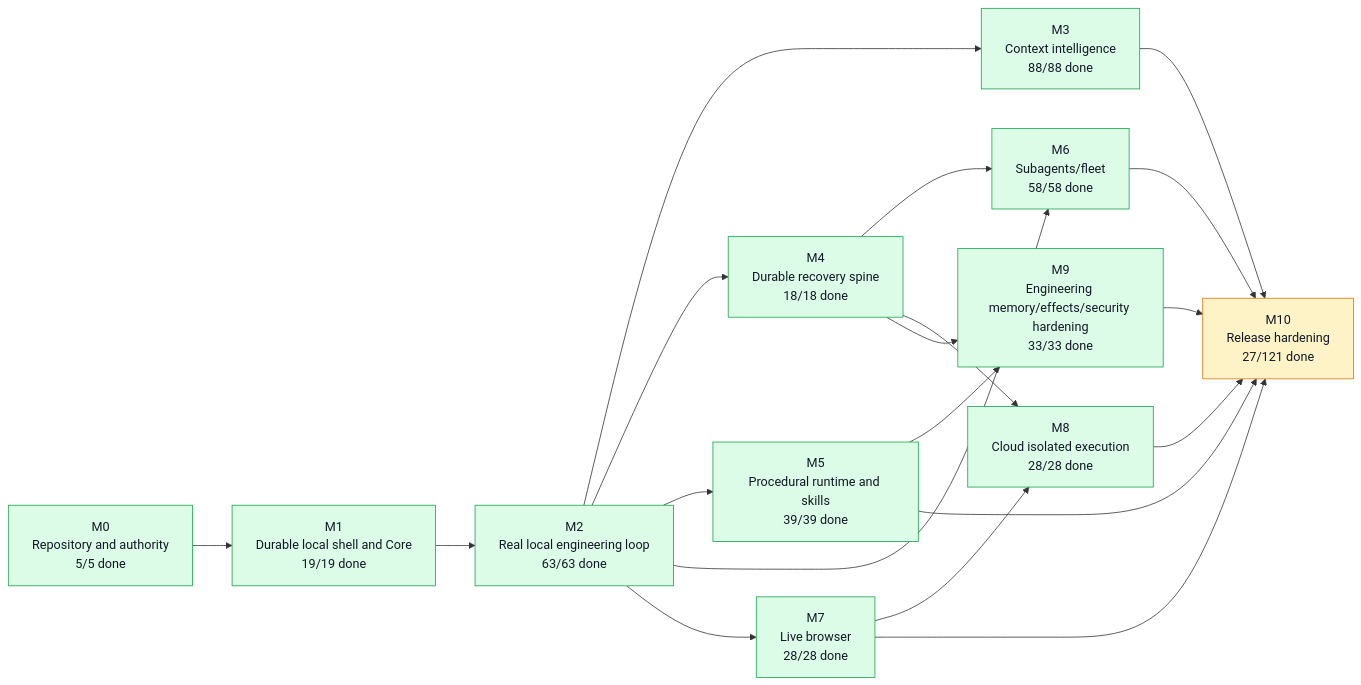
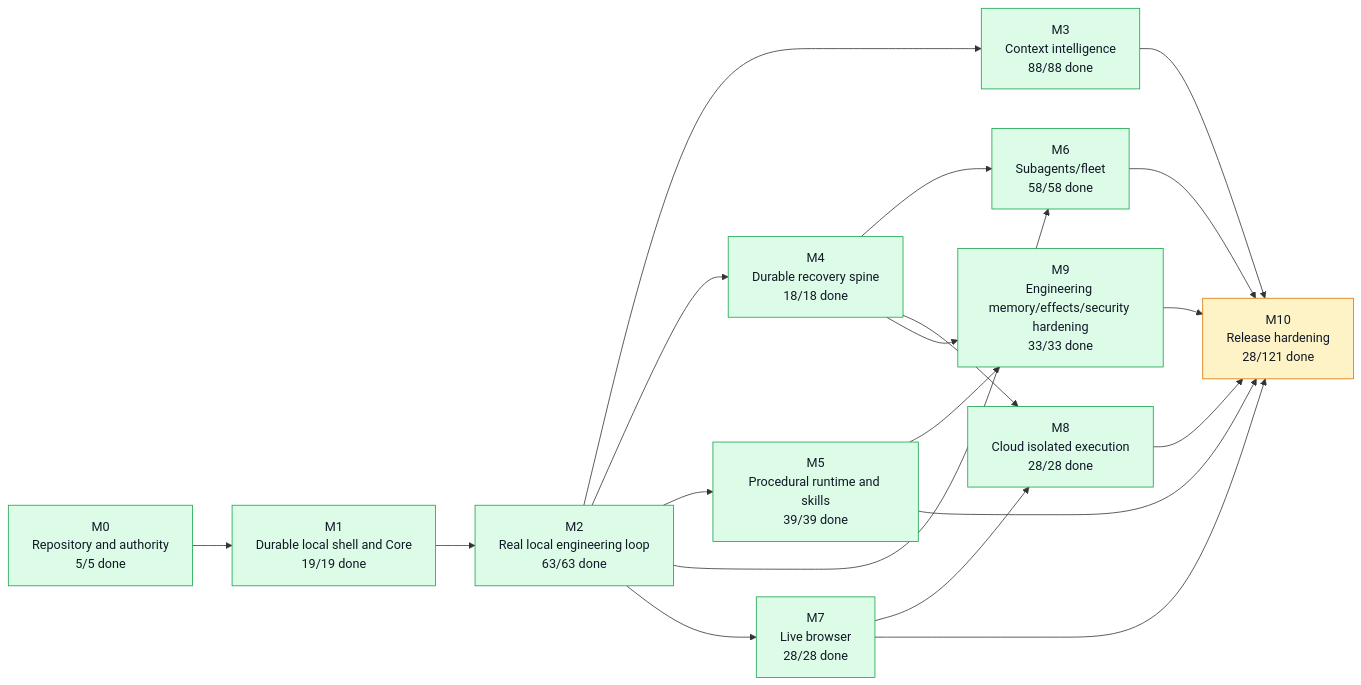
The first of 5 diagrams in graph/PROJECT_GRAPH.md (moss101/modbit), drawn with Mermaid before and after one commit. The commit also changed other lines of this file and 7 other files, not shown here.

Commit message:
chore(graph): close PX-045 (shell geometry, palette, shortcuts, restart persistence) (#129)

````diff
--- a/graph/PROJECT_GRAPH.md
+++ b/graph/PROJECT_GRAPH.md
@@ -57,43 +57,43 @@
 ```mermaid
 flowchart LR
   M0["M0<br/>Repository and authority<br/>5/5 done"]
   M1["M1<br/>Durable local shell and Core<br/>19/19 done"]
   M2["M2<br/>Real local engineering loop<br/>63/63 done"]
   M3["M3<br/>Context intelligence<br/>88/88 done"]
   M4["M4<br/>Durable recovery spine<br/>18/18 done"]
   M5["M5<br/>Procedural runtime and skills<br/>39/39 done"]
   M6["M6<br/>Subagents/fleet<br/>58/58 done"]
   M7["M7<br/>Live browser<br/>28/28 done"]
   M8["M8<br/>Cloud isolated execution<br/>28/28 done"]
   M9["M9<br/>Engineering memory/effects/security hardening<br/>33/33 done"]
-  M10["M10<br/>Release hardening<br/>27/121 done"]
+  M10["M10<br/>Release hardening<br/>28/121 done"]
   M0 --> M1
   M1 --> M2
   M2 --> M3
   M2 --> M4
   M2 --> M5
   M2 --> M6
   M4 --> M6
   M2 --> M7
   M4 --> M8
   M7 --> M8
   M4 --> M9
   M5 --> M9
   M3 --> M10
   M5 --> M10
   M6 --> M10
   M7 --> M10
   M8 --> M10
   M9 --> M10
   style M0 fill:#dcfce7,stroke:#16a34a,color:#111827
   style M1 fill:#dcfce7,stroke:#16a34a,color:#111827
   style M2 fill:#dcfce7,stroke:#16a34a,color:#111827
   style M3 fill:#dcfce7,stroke:#16a34a,color:#111827
   style M4 fill:#dcfce7,stroke:#16a34a,color:#111827
   style M5 fill:#dcfce7,stroke:#16a34a,color:#111827
   style M6 fill:#dcfce7,stroke:#16a34a,color:#111827
   style M7 fill:#dcfce7,stroke:#16a34a,color:#111827
   style M8 fill:#dcfce7,stroke:#16a34a,color:#111827
   style M9 fill:#dcfce7,stroke:#16a34a,color:#111827
   style M10 fill:#fef3c7,stroke:#d97706,color:#111827
 ```
````
